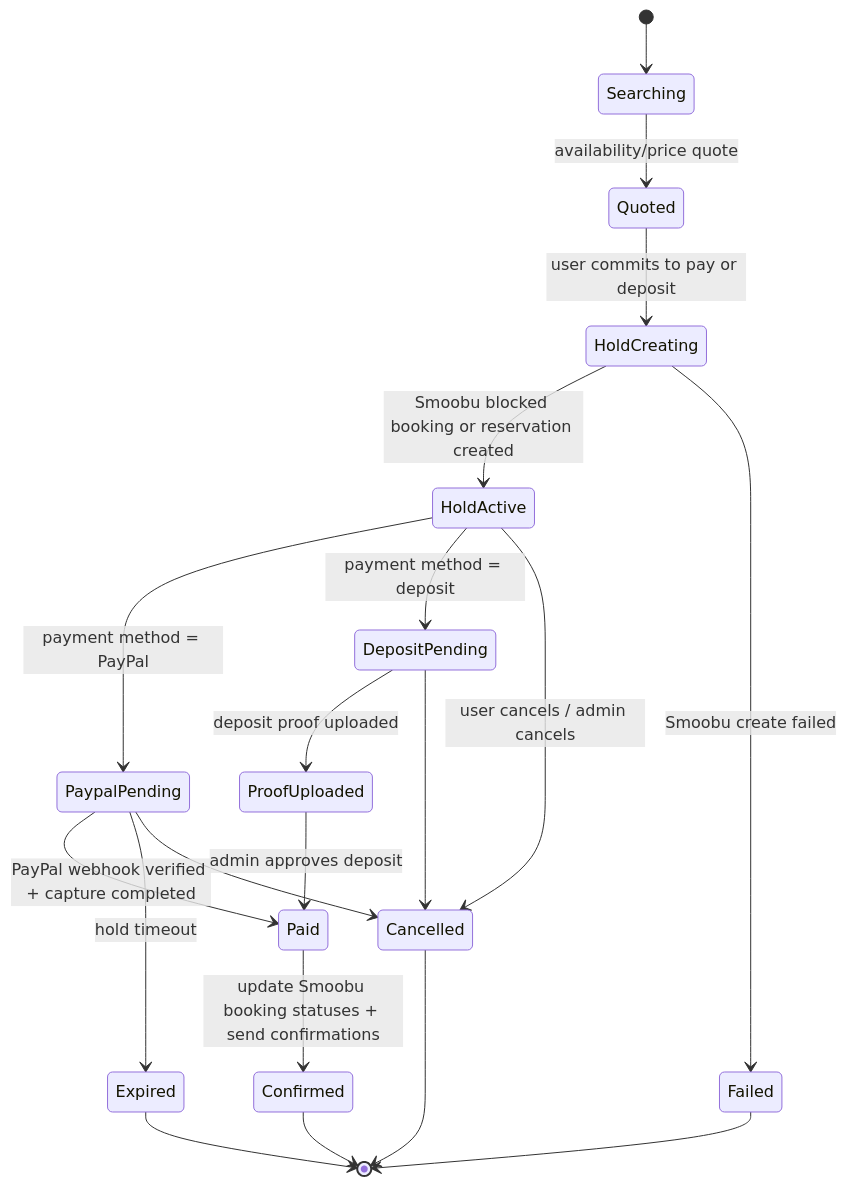
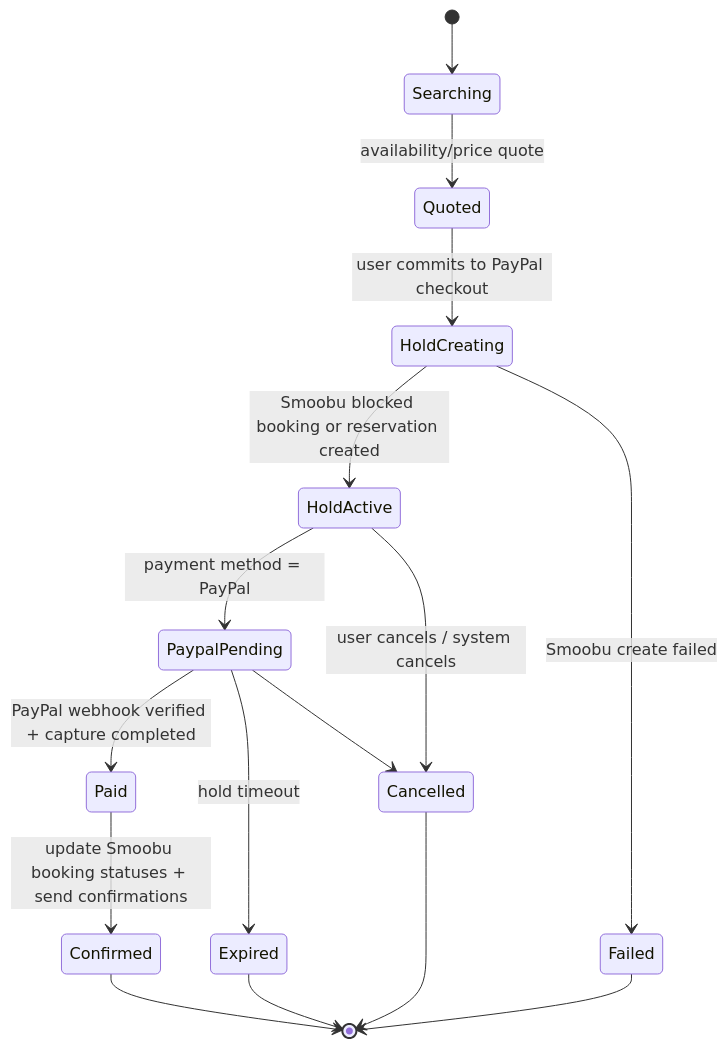
One commit to TommasoRibaudo/kalawala-web changed the second of 3 diagrams in docs/own_booking_engine/plan.md. Above: the diagram before and after it, drawn with Mermaid. The commit also changed other lines of this file and 4 other files, not shown here.

````diff
--- a/docs/own_booking_engine/plan.md
+++ b/docs/own_booking_engine/plan.md
@@ -128,22 +128,18 @@
 ```mermaid
 stateDiagram-v2
   [*] --> Searching
   Searching --> Quoted: availability/price quote
-  Quoted --> HoldCreating: user commits to pay or deposit
+  Quoted --> HoldCreating: user commits to PayPal checkout
   HoldCreating --> HoldActive: Smoobu blocked booking or reservation created
   HoldCreating --> Failed: Smoobu create failed
   HoldActive --> PaypalPending: payment method = PayPal
-  HoldActive --> DepositPending: payment method = deposit
   PaypalPending --> Paid: PayPal webhook verified + capture completed
   PaypalPending --> Expired: hold timeout
-  DepositPending --> ProofUploaded: deposit proof uploaded
-  ProofUploaded --> Paid: admin approves deposit
   Paid --> Confirmed: update Smoobu booking statuses + send confirmations
-  HoldActive --> Cancelled: user cancels / admin cancels
-  DepositPending --> Cancelled
+  HoldActive --> Cancelled: user cancels / system cancels
   PaypalPending --> Cancelled
   Expired --> [*]
   Cancelled --> [*]
   Confirmed --> [*]
   Failed --> [*]
 ```
````
